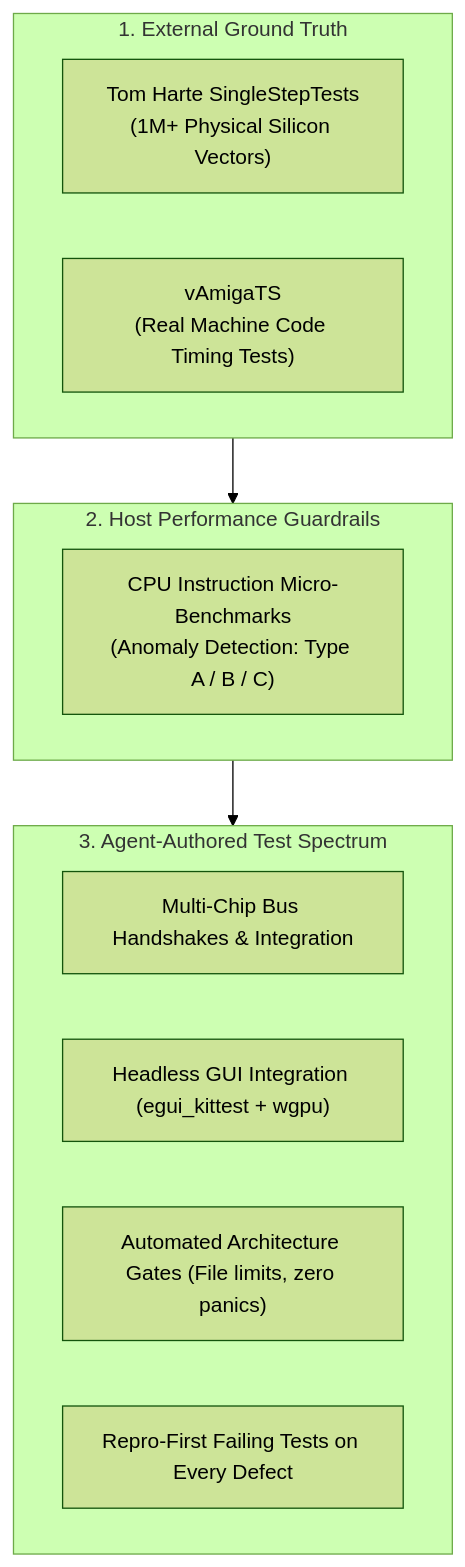
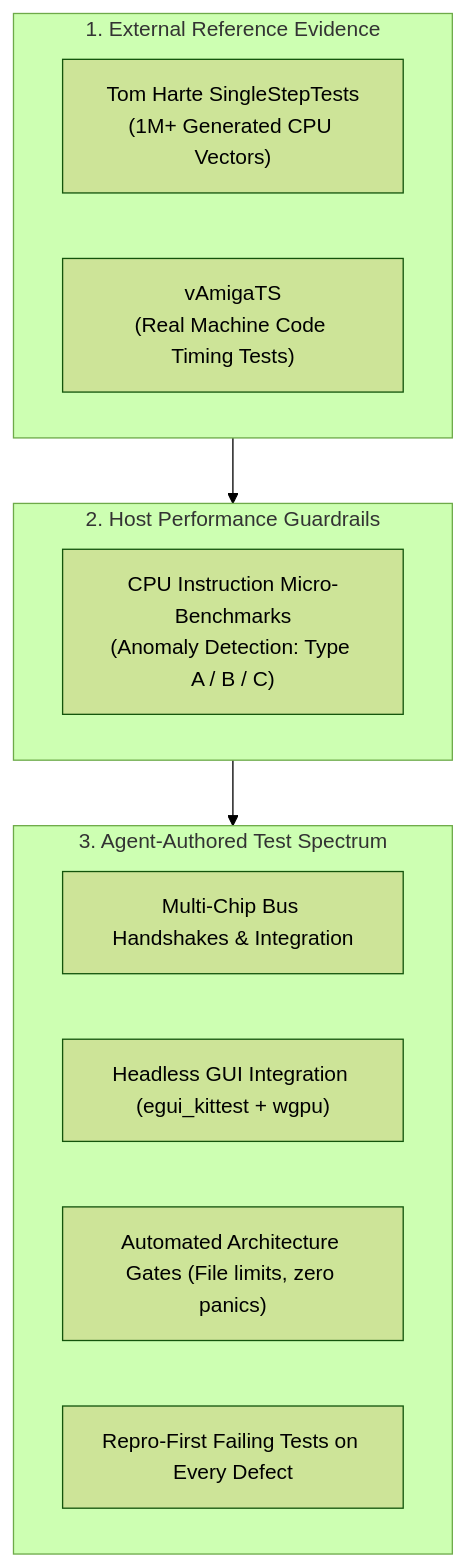
Before and after one commit to tomek-anuszkiewicz/amiga-studio: the second of 2 diagrams in docs/how_this_emulator_was_written.md, drawn with Mermaid (forest theme). The commit also changed other lines of this file and 36 other files, not shown here.

First line of the commit message:
fix(cpu): correct DBcc expiry timing and reference coverage

````diff
--- a/docs/how_this_emulator_was_written.md
+++ b/docs/how_this_emulator_was_written.md
@@ -56,17 +56,17 @@
 ```mermaid
 flowchart TD
-    subgraph External["1. External Ground Truth"]
-        A["Tom Harte SingleStepTests\n(1M+ Physical Silicon Vectors)"]
+    subgraph External["1. External Reference Evidence"]
+        A["Tom Harte SingleStepTests\n(1M+ Generated CPU Vectors)"]
         B["vAmigaTS\n(Real Machine Code Timing Tests)"]
     end
     subgraph HostPerf["2. Host Performance Guardrails"]
         C["CPU Instruction Micro-Benchmarks\n(Anomaly Detection: Type A / B / C)"]
     end
     subgraph AutoHarness["3. Agent-Authored Test Spectrum"]
         D["Multi-Chip Bus Handshakes & Integration"]
         E["Headless GUI Integration (egui_kittest + wgpu)"]
         F["Automated Architecture Gates (File limits, zero panics)"]
         G["Repro-First Failing Tests on Every Defect"]
     end
     External --> HostPerf --> AutoHarness
 ```
````
